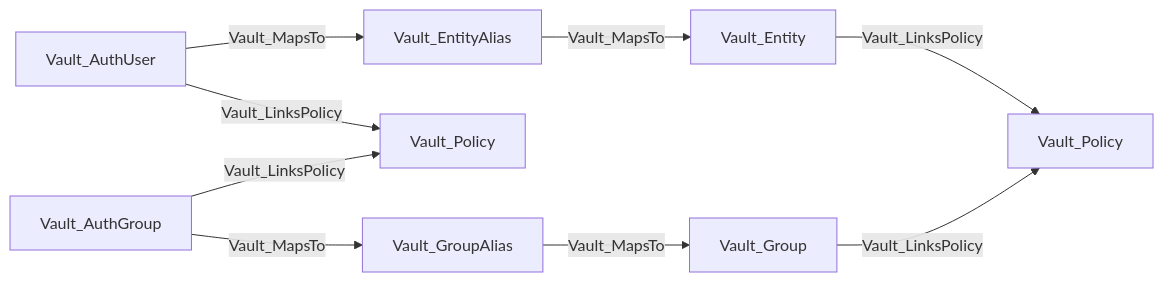
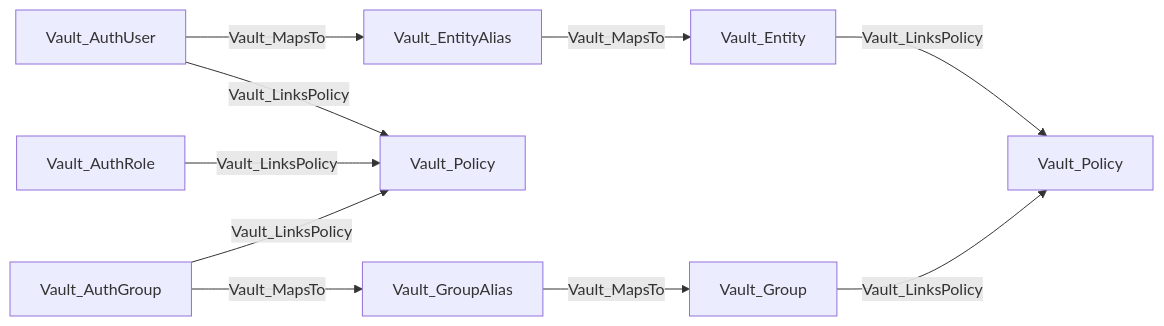
The second of 39 diagrams in Documentation/stores/AUTH.md (bytewreck/opengraph-vault), drawn with Mermaid before and after one commit.

````diff
--- a/Documentation/stores/AUTH.md
+++ b/Documentation/stores/AUTH.md
@@ -82,11 +82,12 @@
 ```mermaid
 flowchart LR
     AU[Vault_AuthUser] -->|Vault_MapsTo| EA[Vault_EntityAlias]
     EA -->|Vault_MapsTo| VE[Vault_Entity]
     AU -->|Vault_LinksPolicy| P1[Vault_Policy]
+    AR[Vault_AuthRole] -->|Vault_LinksPolicy| P1
     AG[Vault_AuthGroup] -->|Vault_MapsTo| GA[Vault_GroupAlias]
     GA -->|Vault_MapsTo| VG[Vault_Group]
     AG -->|Vault_LinksPolicy| P1
     VE -->|Vault_LinksPolicy| P2[Vault_Policy]
     VG -->|Vault_LinksPolicy| P2
 ```
````
